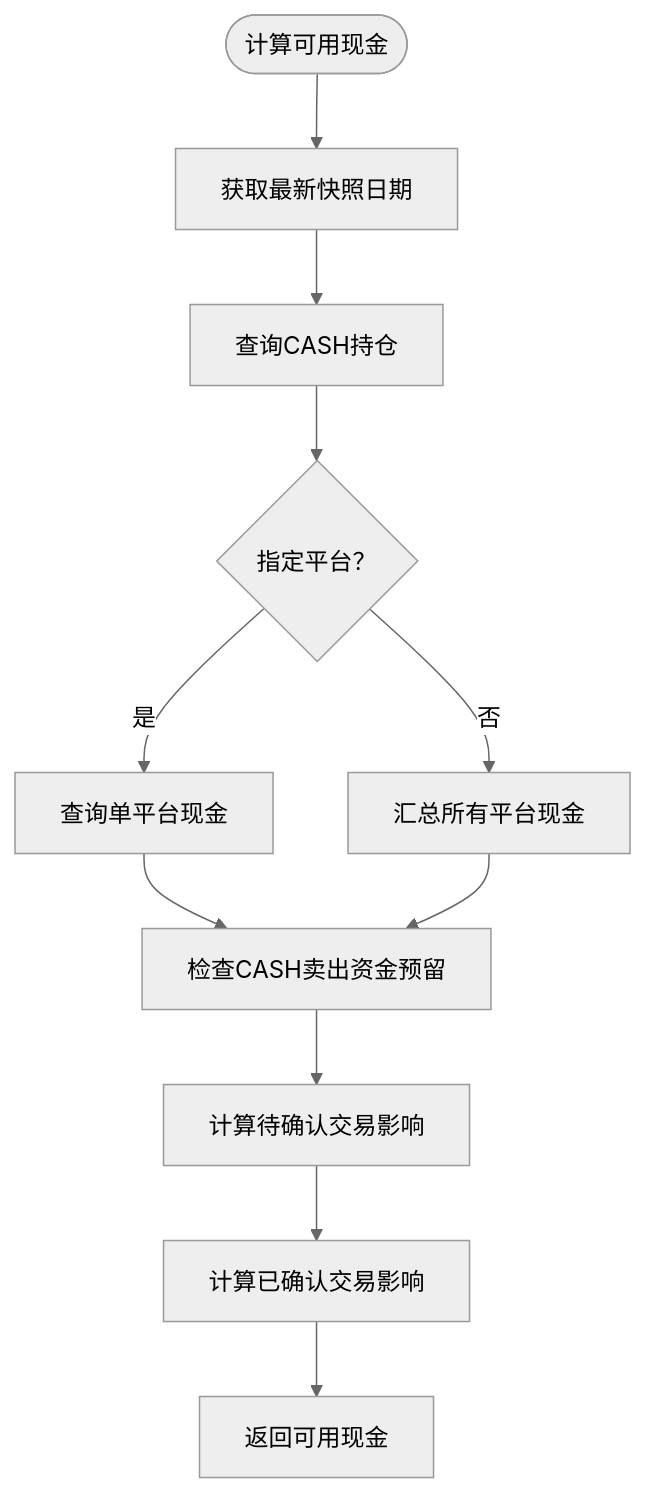
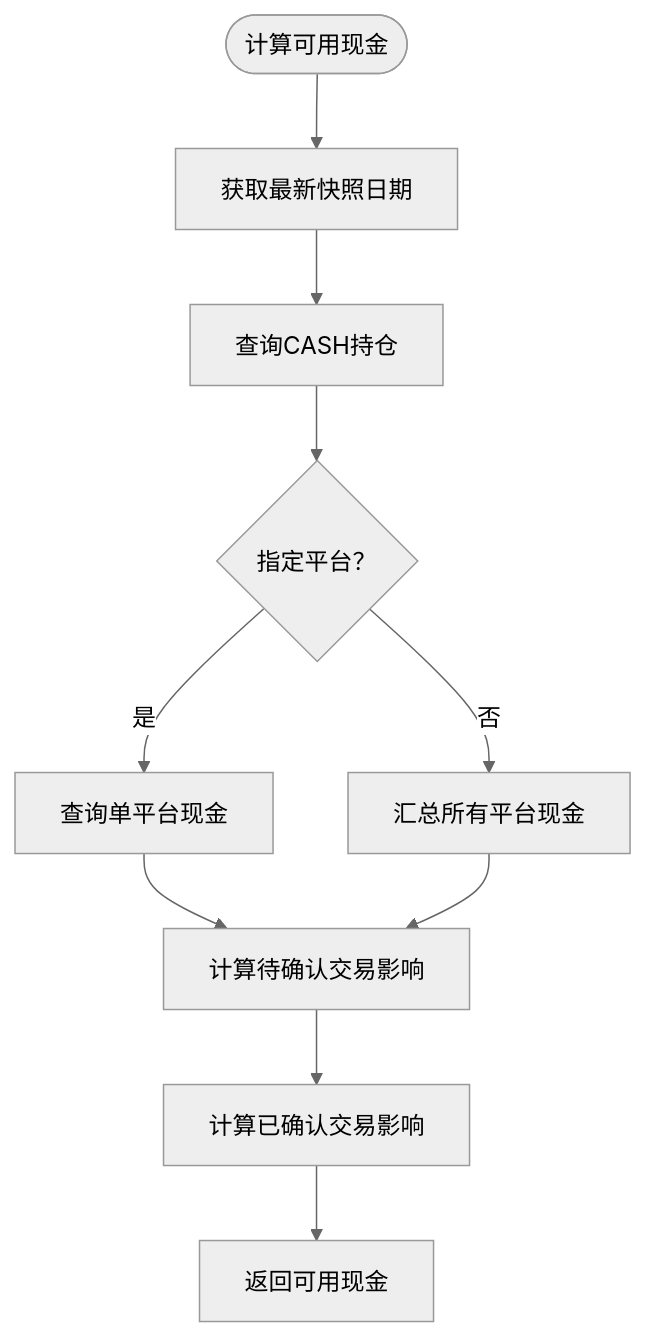
Diagram 13 of 15 in .qoder/repowiki/zh/content/核心业务功能/交易处理.md (gujialind/InvestRing), drawn with Mermaid (neutral theme) before and after one commit. The commit also changed other lines of this file and 65 other files, not shown here.

````diff
--- a/.qoder/repowiki/zh/content/核心业务功能/交易处理.md
+++ b/.qoder/repowiki/zh/content/核心业务功能/交易处理.md
@@ -632,13 +599,12 @@
 ```mermaid
 flowchart TD
 Start(["计算可用现金"]) --> GetLatest["获取最新快照日期"]
 GetLatest --> QueryCash["查询CASH持仓"]
 QueryCash --> PlatformFilter{"指定平台？"}
 PlatformFilter --> |是| SinglePlat["查询单平台现金"]
 PlatformFilter --> |否| AllPlats["汇总所有平台现金"]
-SinglePlat --> CheckReserve["检查CASH卖出资金预留"]
-AllPlats --> CheckReserve
-CheckReserve --> CalcPending["计算待确认交易影响"]
+SinglePlat --> CalcPending["计算待确认交易影响"]
+AllPlats --> CalcPending
 CalcPending --> CalcConfirmed["计算已确认交易影响"]
 CalcConfirmed --> Result["返回可用现金"]
 ```
````
